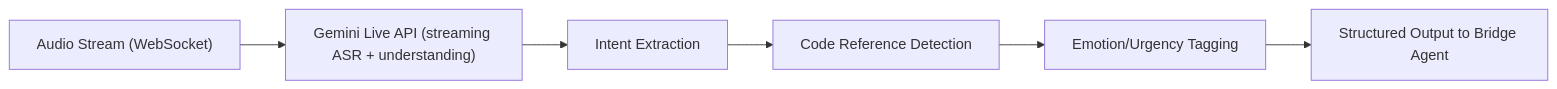
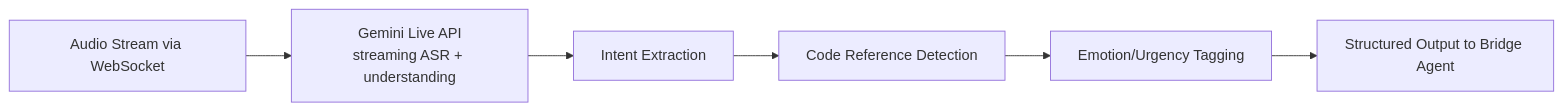
Before and after one commit to IndarKarhana/gemini-codebridge: the third of 13 diagrams in docs/ARCHITECTURE.md, drawn with Mermaid. The commit also changed other lines of this file and 5 other files, not shown here.

First line of the commit message:
fix: repair mermaid diagrams and remove .cursor directory

````diff
--- a/docs/ARCHITECTURE.md
+++ b/docs/ARCHITECTURE.md
@@ -281,8 +281,8 @@
 ```mermaid
 flowchart LR
-    A["Audio Stream (WebSocket)"] --> B["Gemini Live API (streaming ASR + understanding)"]
+    A["Audio Stream via WebSocket"] --> B["Gemini Live API<br/>streaming ASR + understanding"]
     B --> C["Intent Extraction"]
     C --> D["Code Reference Detection"]
     D --> E["Emotion/Urgency Tagging"]
     E --> F["Structured Output to Bridge Agent"]
 ```
````
